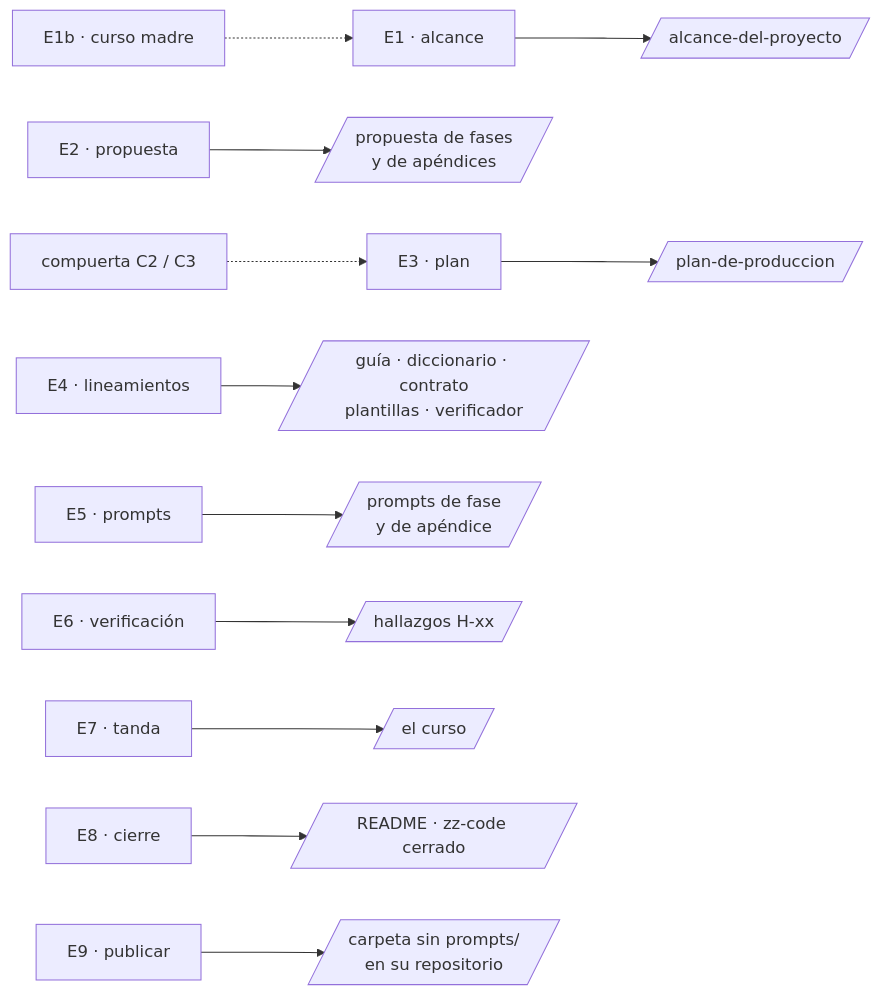
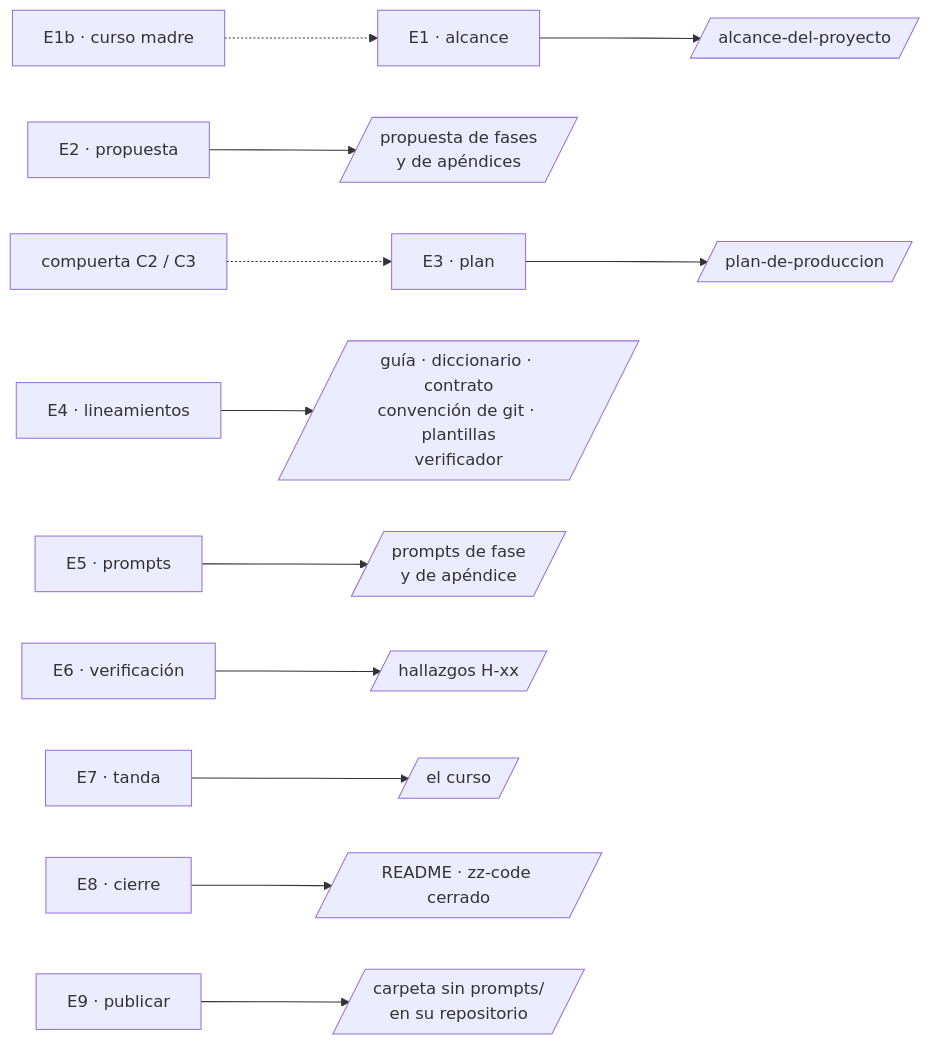
Before and after one commit to oskar-raul-dev/courses-ai-generated: the diagram in zz-instrucciones/02-prompts-de-etapa.md, drawn with Mermaid. The commit also changed other lines of this file and 32 other files, not shown here.

````diff
--- a/zz-instrucciones/02-prompts-de-etapa.md
+++ b/zz-instrucciones/02-prompts-de-etapa.md
@@ -14,14 +13,14 @@
 ```mermaid
 flowchart LR
     E1["E1 · alcance"] --> T1[/"alcance-del-proyecto"/]
     E1b["E1b · curso madre"] -.-> E1
     E2["E2 · propuesta"] --> T2[/"propuesta de fases<br/>y de apéndices"/]
     G["compuerta C2 / C3"] -.-> E3
     E3["E3 · plan"] --> T3[/"plan-de-produccion"/]
-    E4["E4 · lineamientos"] --> T4[/"guía · diccionario · contrato<br/>plantillas · verificador"/]
+    E4["E4 · lineamientos"] --> T4[/"guía · diccionario · contrato<br/>convención de git · plantillas<br/>verificador"/]
     E5["E5 · prompts"] --> T5[/"prompts de fase<br/>y de apéndice"/]
     E6["E6 · verificación"] --> T6[/"hallazgos H-xx"/]
     E7["E7 · tanda"] --> T7[/"el curso"/]
     E8["E8 · cierre"] --> T8[/"README · zz-code cerrado"/]
     E9["E9 · publicar"] --> T9[/"carpeta sin prompts/<br/>en su repositorio"/]
 ```
````
